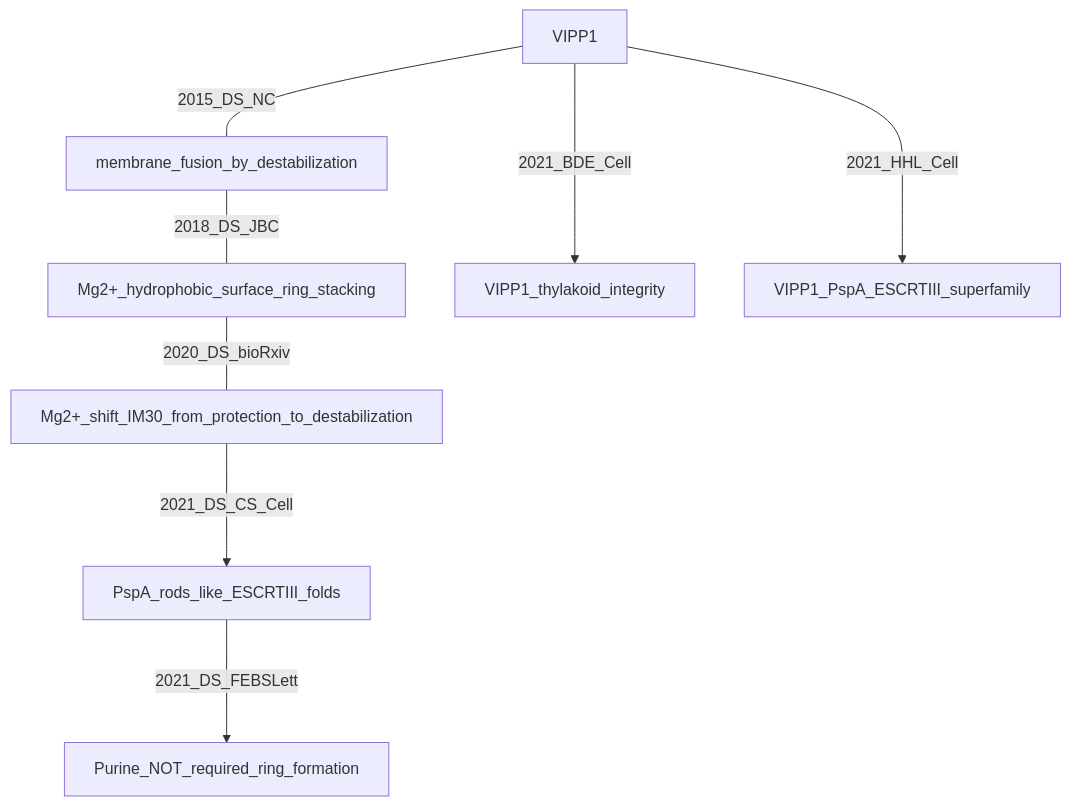
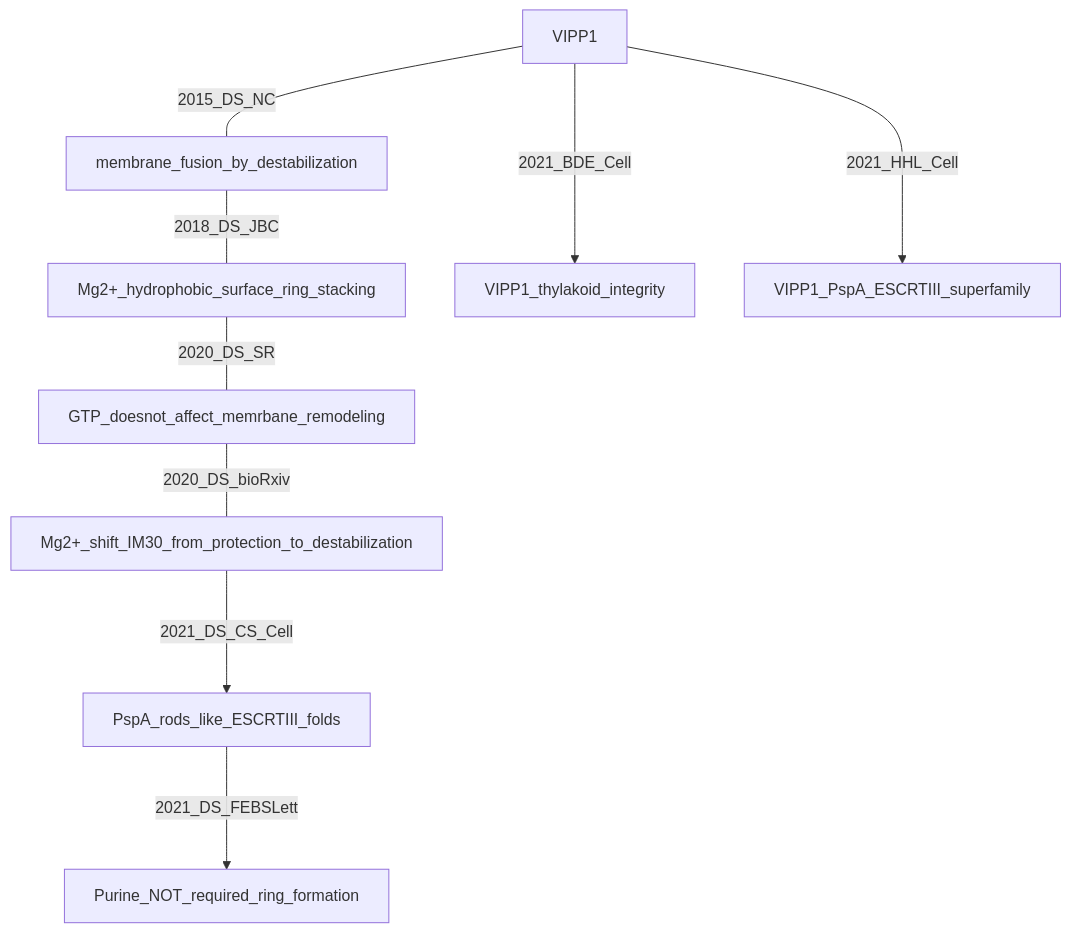
One commit to psichen/psichen.github.io changed the first of 9 diagrams in source/resources/mindmap/VIPP1.md. Above: the diagram before and after it, drawn with Mermaid. The commit also changed other lines of this file, not shown here.

````diff
--- a/source/resources/mindmap/VIPP1.md
+++ b/source/resources/mindmap/VIPP1.md
@@ -3,13 +3,14 @@
 ```mermaid
 flowchart TB
 
 VIPP1 --- |2015_DS_NC| membrane_fusion_by_destabilization
 membrane_fusion_by_destabilization --- |2018_DS_JBC| Mg2+_hydrophobic_surface_ring_stacking
-Mg2+_hydrophobic_surface_ring_stacking --- |2020_DS_bioRxiv| Mg2+_shift_IM30_from_protection_to_destabilization
+Mg2+_hydrophobic_surface_ring_stacking --- |2020_DS_SR| GTP_doesnot_affect_memrbane_remodeling
+GTP_doesnot_affect_memrbane_remodeling --- |2020_DS_bioRxiv| Mg2+_shift_IM30_from_protection_to_destabilization
 Mg2+_shift_IM30_from_protection_to_destabilization ---> |2021_DS_CS_Cell| PspA_rods_like_ESCRTIII_folds
 PspA_rods_like_ESCRTIII_folds ---> |2021_DS_FEBSLett| Purine_NOT_required_ring_formation
 
 VIPP1 ---> |2021_BDE_Cell| VIPP1_thylakoid_integrity
 
 VIPP1 ---> |2021_HHL_Cell| VIPP1_PspA_ESCRTIII_superfamily
 ```
````
